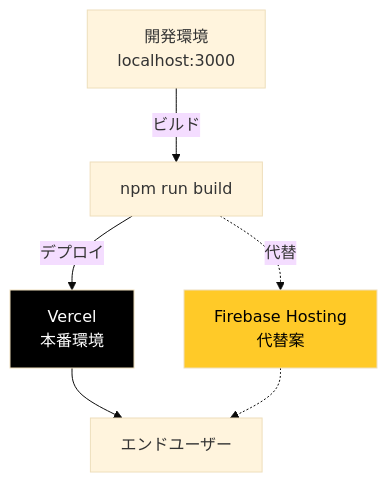
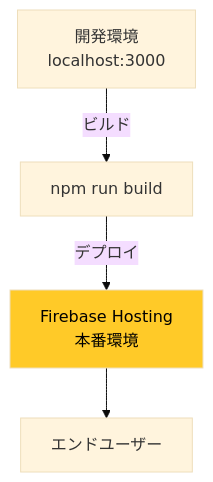
The ninth of 10 diagrams in docs/architecture.md (Kujo-n/pokesleepfaces), drawn with Mermaid (base theme) before and after one commit. The commit also changed 2 other files, not shown here.

Commit message:
docs: update to use Firebase Hosting instead of Vercel

````diff
--- a/docs/architecture.md
+++ b/docs/architecture.md
@@ -237,17 +237,13 @@
 ```mermaid
 graph TB
     Dev[開発環境<br/>localhost:3000]
     Build[npm run build]
-    Vercel[Vercel<br/>本番環境]
-    FBHost[Firebase Hosting<br/>代替案]
+    FBHost[Firebase Hosting<br/>本番環境]
     
     Dev -->|ビルド| Build
-    Build -->|デプロイ| Vercel
-    Build -.代替.-> FBHost
+    Build -->|デプロイ| FBHost
     
-    Vercel --> Users[エンドユーザー]
-    FBHost -.-> Users
+    FBHost --> Users[エンドユーザー]
     
-    style Vercel fill:#000,color:#fff
     style FBHost fill:#ffca28,color:#000
 ```
````
